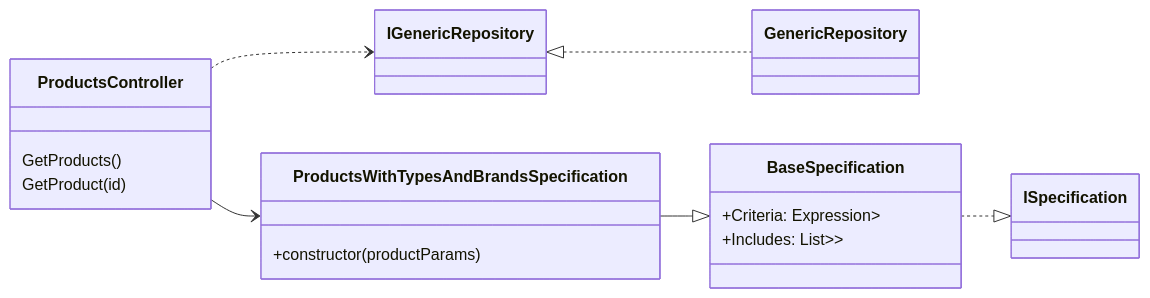
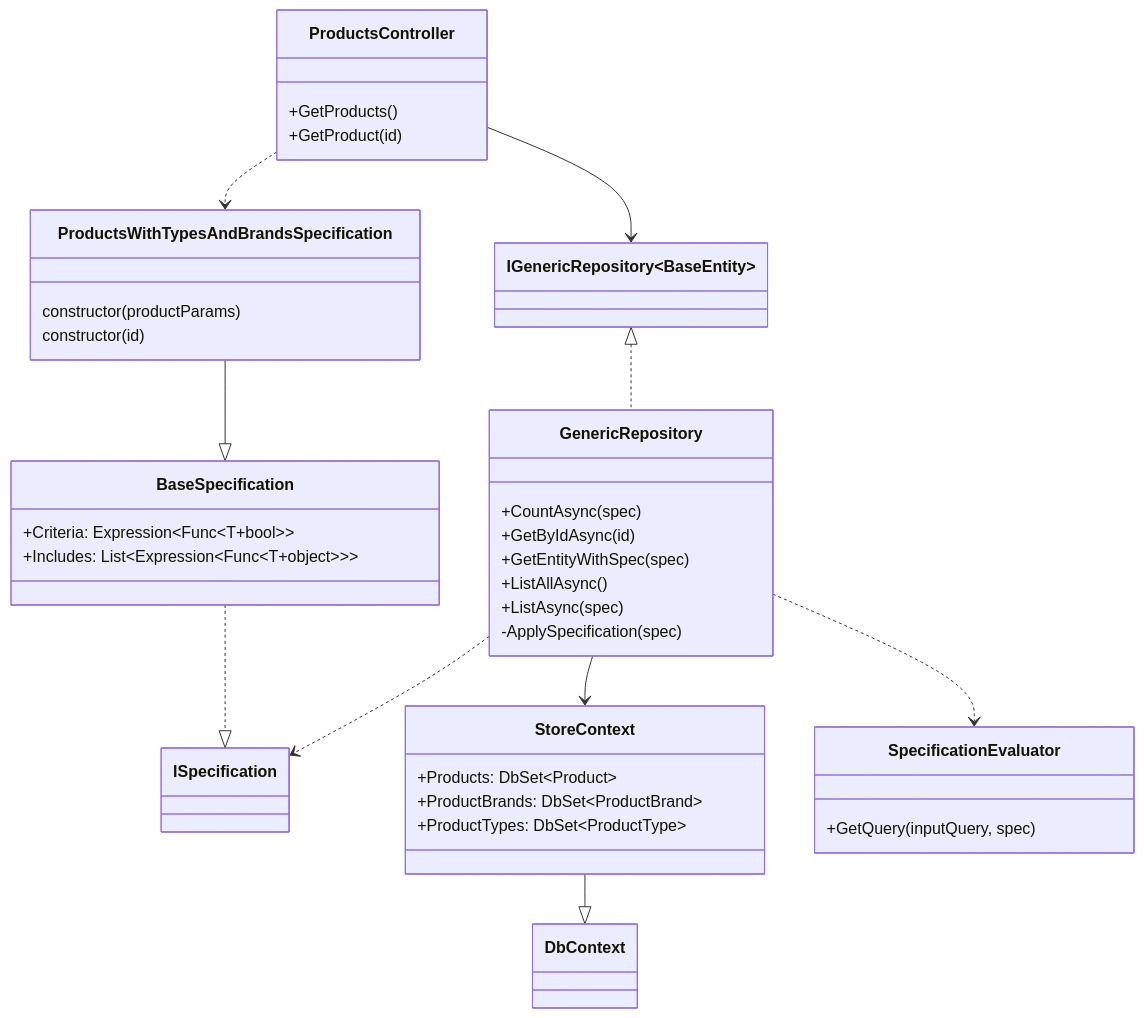
One commit to GiangNguyenDev/today-i-learned changed the diagram in guidelines/build-asp-dot-net-core-web-api.md. Above: the diagram before and after it, drawn with Mermaid.

Commit message:
Guideline ASP.NET Core: Update class diagram

````diff
--- a/guidelines/build-asp-dot-net-core-web-api.md
+++ b/guidelines/build-asp-dot-net-core-web-api.md
@@ -551,24 +551,48 @@
 ```mermaid
 classDiagram
-direction LR
+direction TB
 
-ProductsController ..> IGenericRepository
-IGenericRepository <|.. GenericRepository
-ProductsController --> ProductsWithTypesAndBrandsSpecification
+ProductsController ..> ProductsWithTypesAndBrandsSpecification
 ProductsWithTypesAndBrandsSpecification --|> BaseSpecification
 BaseSpecification ..|> ISpecification
+ProductsController --> IGenericRepository~BaseEntity~
+IGenericRepository~BaseEntity~ <|.. GenericRepository
+GenericRepository ..> ISpecification
+GenericRepository --> StoreContext
+StoreContext --|> DbContext
+GenericRepository ..> SpecificationEvaluator
 
 class ProductsController {
-  GetProducts()
-  GetProduct(id)
+  +GetProducts()
+  +GetProduct(id)
 }
 
 class ProductsWithTypesAndBrandsSpecification {
-  +constructor(productParams)
+  constructor(productParams)
+  constructor(id)
 }
 
 class BaseSpecification {
-  +Criteria: Expression<Func<T, bool>>
-  +Includes: List<Expression<Func<T, object>>>
+  +Criteria: Expression~Func~T+bool~~
+  +Includes: List~Expression~Func~T+object~~~
+}
+
+class GenericRepository {
+  +CountAsync(spec)
+  +GetByIdAsync(id)
+  +GetEntityWithSpec(spec)
+  +ListAllAsync()
+  +ListAsync(spec)
+  -ApplySpecification(spec)
+}
+
+class SpecificationEvaluator {
+  +GetQuery(inputQuery, spec)
+}
+
+class StoreContext {
+  +Products: DbSet~Product~
+  +ProductBrands: DbSet~ProductBrand~
+  +ProductTypes: DbSet~ProductType~
 }
 ```
````
